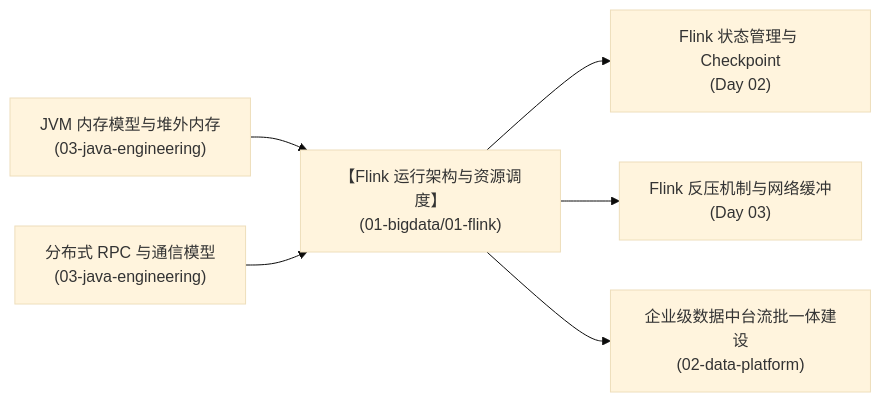
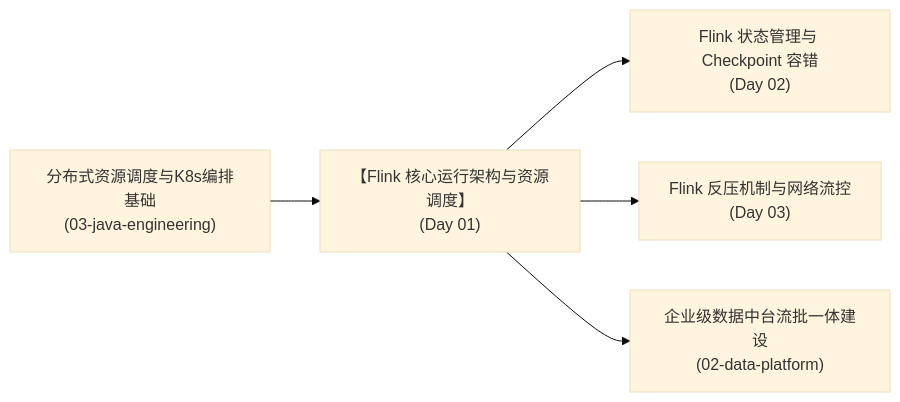
The seventh of 7 diagrams in 01-bigdata/01-flink/01-flink-runtime-architecture.md (tieke1121/tech-interview-knowledge-base), drawn with Mermaid (base theme) before and after one commit. The commit also changed other lines of this file and 3 other files, not shown here.

First line of the commit message:
refactor: upgrade template & docs for technical director/architect interview

````diff
--- a/01-bigdata/01-flink/01-flink-runtime-architecture.md
+++ b/01-bigdata/01-flink/01-flink-runtime-architecture.md
@@ -456,8 +355,7 @@
 ```mermaid
 graph LR
-    Pre1["JVM 内存模型与堆外内存<br/>(03-java-engineering)"] --> Current["【Flink 运行架构与资源调度】<br/>(01-bigdata/01-flink)"]
-    Pre2["分布式 RPC 与通信模型<br/>(03-java-engineering)"] --> Current
-    Current --> Down1["Flink 状态管理与 Checkpoint<br/>(Day 02)"]
-    Current --> Down2["Flink 反压机制与网络缓冲<br/>(Day 03)"]
+    Pre1["分布式资源调度与K8s编排基础<br/>(03-java-engineering)"] --> Current["【Flink 核心运行架构与资源调度】<br/>(Day 01)"]
+    Current --> Down1["Flink 状态管理与 Checkpoint 容错<br/>(Day 02)"]
+    Current --> Down2["Flink 反压机制与网络流控<br/>(Day 03)"]
     Current --> Arch["企业级数据中台流批一体建设<br/>(02-data-platform)"]
 ```
````
